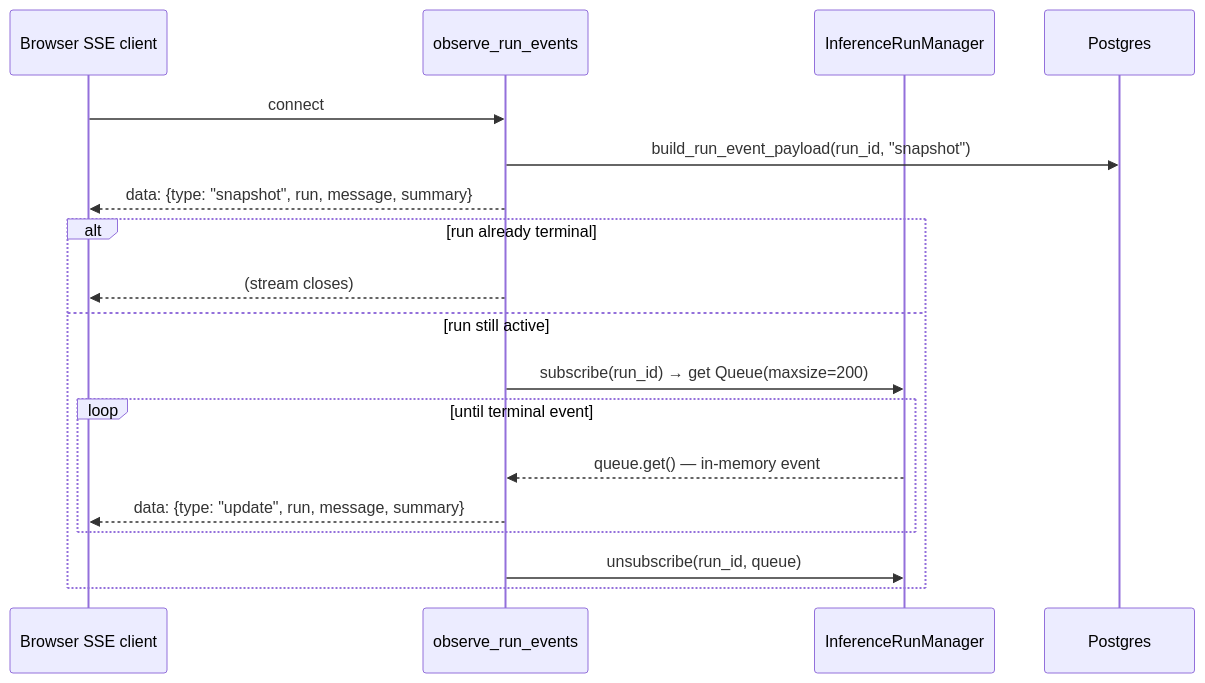
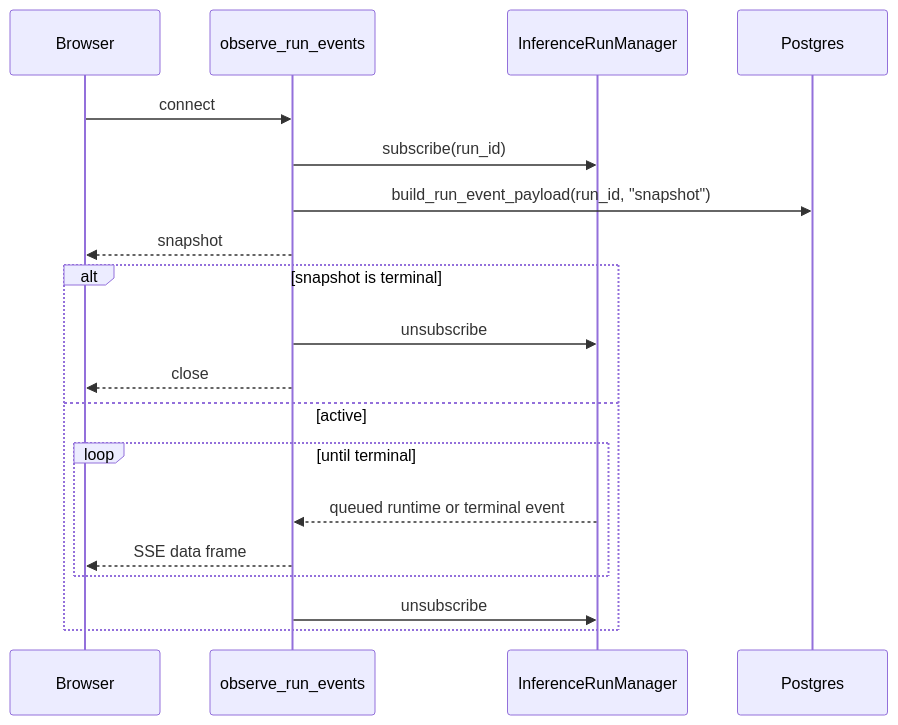
The seventh of 9 diagrams in docs/flows/inference-streaming.md (konstantinosmpouros/mAgenticX), drawn with Mermaid before and after one commit. The commit also changed other lines of this file and 26 other files, not shown here.

Commit message:
Refactor inference start flow to backend-owned runs

````diff
--- a/docs/flows/inference-streaming.md
+++ b/docs/flows/inference-streaming.md
@@ -165,21 +316,22 @@
 ```mermaid
 sequenceDiagram
-    participant UI as Browser SSE client
+    participant UI as Browser
     participant Observer as observe_run_events
     participant Manager as InferenceRunManager
     participant PG as Postgres
 
     UI->>Observer: connect
+    Observer->>Manager: subscribe(run_id)
     Observer->>PG: build_run_event_payload(run_id, "snapshot")
-    Observer-->>UI: data: {type: "snapshot", run, message, summary}
-    alt run already terminal
-        Observer-->>UI: (stream closes)
-    else run still active
-        Observer->>Manager: subscribe(run_id) → get Queue(maxsize=200)
-        loop until terminal event
-            Manager-->>Observer: queue.get() — in-memory event
-            Observer-->>UI: data: {type: "update", run, message, summary}
+    Observer-->>UI: snapshot
+    alt snapshot is terminal
+        Observer->>Manager: unsubscribe
+        Observer-->>UI: close
+    else active
+        loop until terminal
+            Manager-->>Observer: queued runtime or terminal event
+            Observer-->>UI: SSE data frame
         end
-        Observer->>Manager: unsubscribe(run_id, queue)
+        Observer->>Manager: unsubscribe
     end
 ```
````
